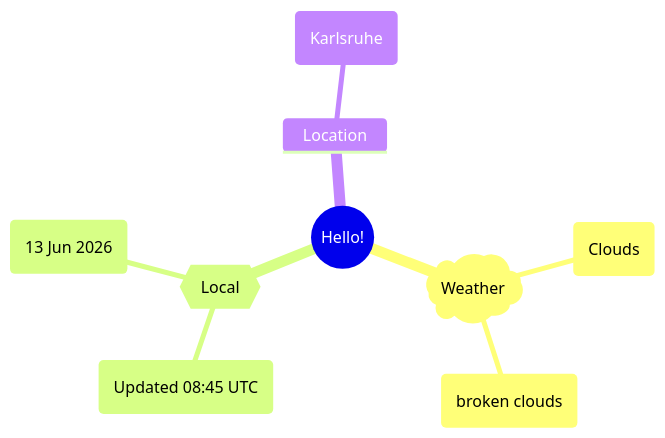
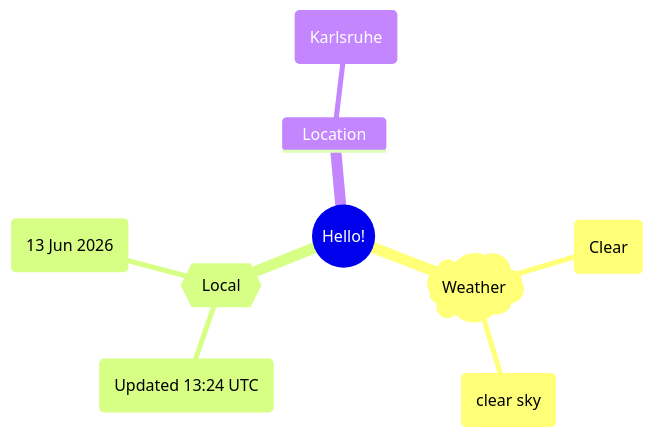
Before and after one commit to Xosrov/Xosrov: the first of 2 diagrams in README.md, drawn with Mermaid.

Commit message:
[bot] updated images

````diff
--- a/README.md
+++ b/README.md
@@ -3,12 +3,12 @@
 ```mermaid
 mindmap
   root((Hello!))
     )Weather(
-        (Clouds)
-        (broken clouds)
+        (Clear)
+        (clear sky)
     {{Local}}
-        (Updated 08:45 UTC)
+        (Updated 13:24 UTC)
         (13 Jun 2026)
     Location
         (Karlsruhe)
 ```
````
